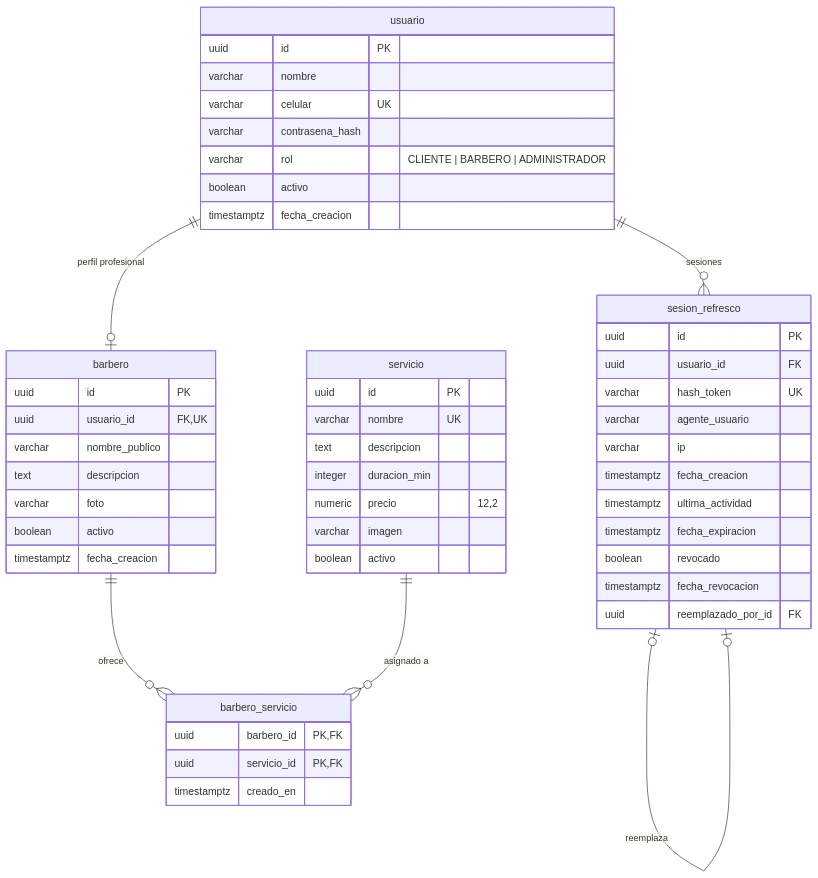
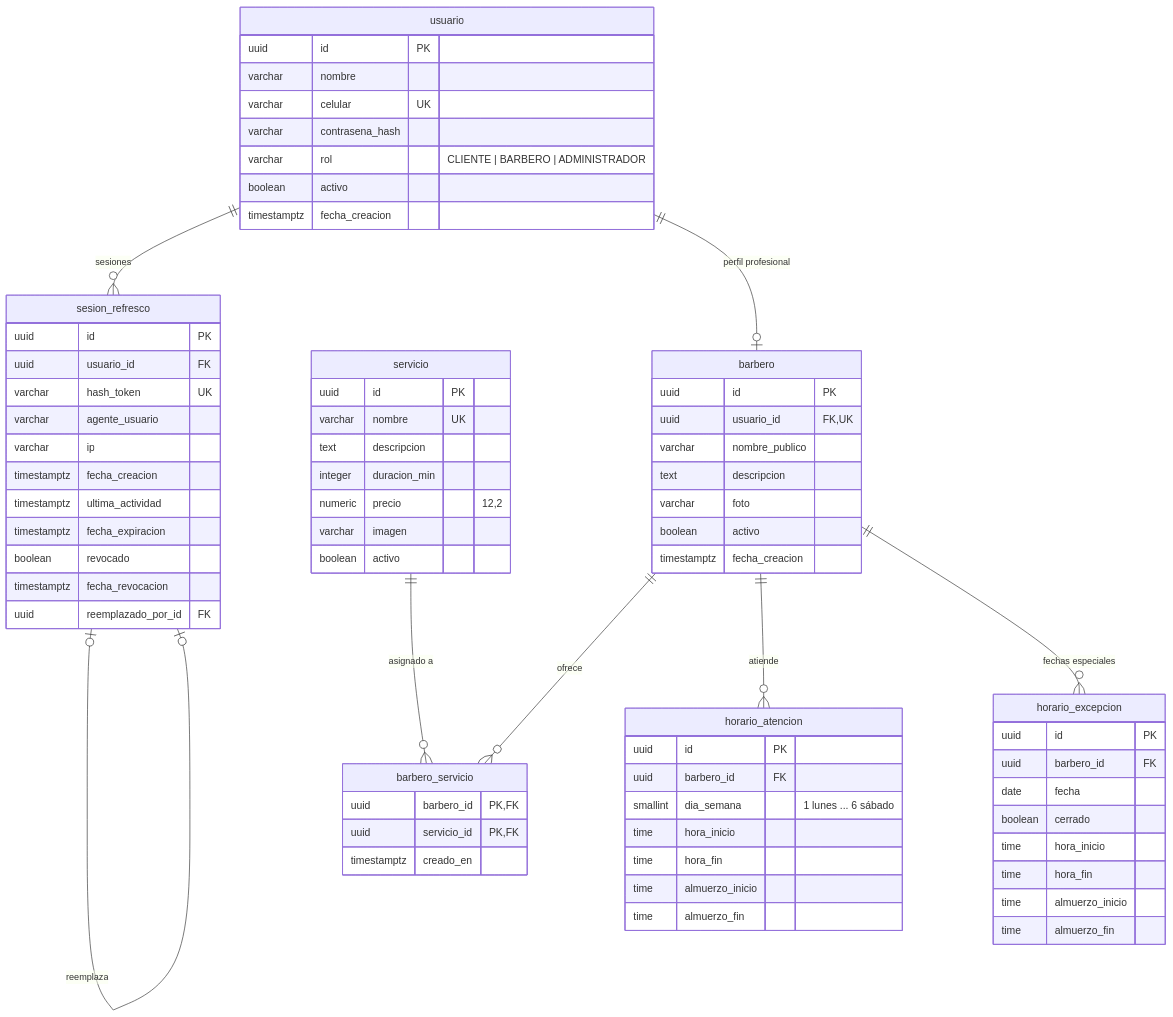
One commit to SantiagoBastidas04/oalbarber changed the first of 2 diagrams in docs/arquitectura/modelo-datos.md. Above: the diagram before and after it, drawn with Mermaid. The commit also changed other lines of this file and 32 other files, not shown here.

First line of the commit message:
feat(horario): horario semanal por barbero con almuerzo y fechas especiales

````diff
--- a/docs/arquitectura/modelo-datos.md
+++ b/docs/arquitectura/modelo-datos.md
@@ -15,58 +16,81 @@
 ```mermaid
 erDiagram
     usuario {
         uuid id PK
         varchar nombre
         varchar celular UK
         varchar contrasena_hash
         varchar rol "CLIENTE | BARBERO | ADMINISTRADOR"
         boolean activo
         timestamptz fecha_creacion
     }
 
     sesion_refresco {
         uuid id PK
         uuid usuario_id FK
         varchar hash_token UK
         varchar agente_usuario
         varchar ip
         timestamptz fecha_creacion
         timestamptz ultima_actividad
         timestamptz fecha_expiracion
         boolean revocado
         timestamptz fecha_revocacion
         uuid reemplazado_por_id FK
     }
 
     servicio {
         uuid id PK
         varchar nombre UK
         text descripcion
         integer duracion_min
         numeric precio "12,2"
         varchar imagen
         boolean activo
     }
 
     barbero {
         uuid id PK
         uuid usuario_id FK, UK
         varchar nombre_publico
         text descripcion
         varchar foto
         boolean activo
         timestamptz fecha_creacion
     }
 
     barbero_servicio {
         uuid barbero_id PK, FK
         uuid servicio_id PK, FK
         timestamptz creado_en
     }
 
+    horario_atencion {
+        uuid id PK
+        uuid barbero_id FK
+        smallint dia_semana "1 lunes ... 6 sábado"
+        time hora_inicio
+        time hora_fin
+        time almuerzo_inicio
+        time almuerzo_fin
+    }
+
+    horario_excepcion {
+        uuid id PK
+        uuid barbero_id FK
+        date fecha
+        boolean cerrado
+        time hora_inicio
+        time hora_fin
+        time almuerzo_inicio
+        time almuerzo_fin
+    }
+
     usuario ||--o{ sesion_refresco : "sesiones"
     sesion_refresco o|--o| sesion_refresco : "reemplaza"
     usuario ||--o| barbero : "perfil profesional"
     barbero ||--o{ barbero_servicio : "ofrece"
     servicio ||--o{ barbero_servicio : "asignado a"
+    barbero ||--o{ horario_atencion : "atiende"
+    barbero ||--o{ horario_excepcion : "fechas especiales"
 ```
````
